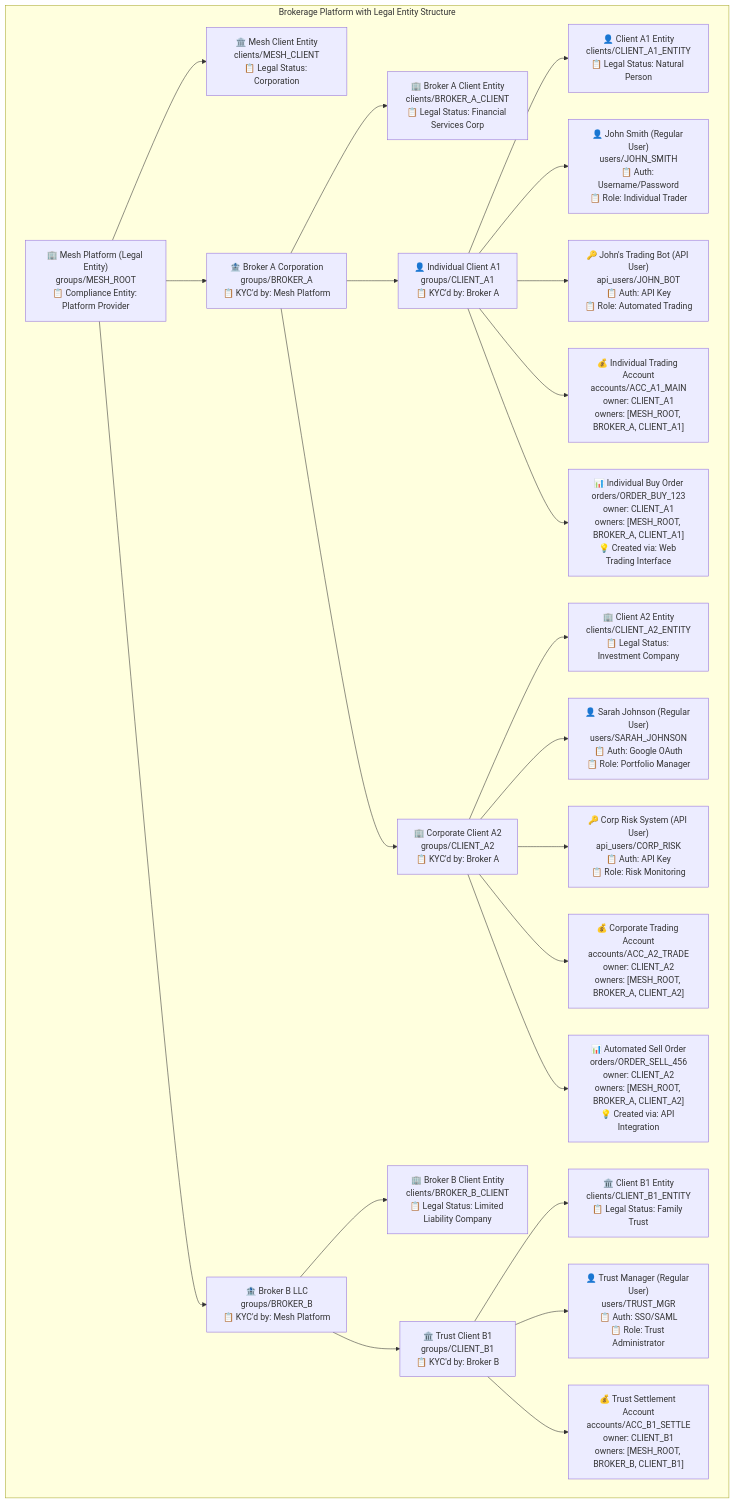
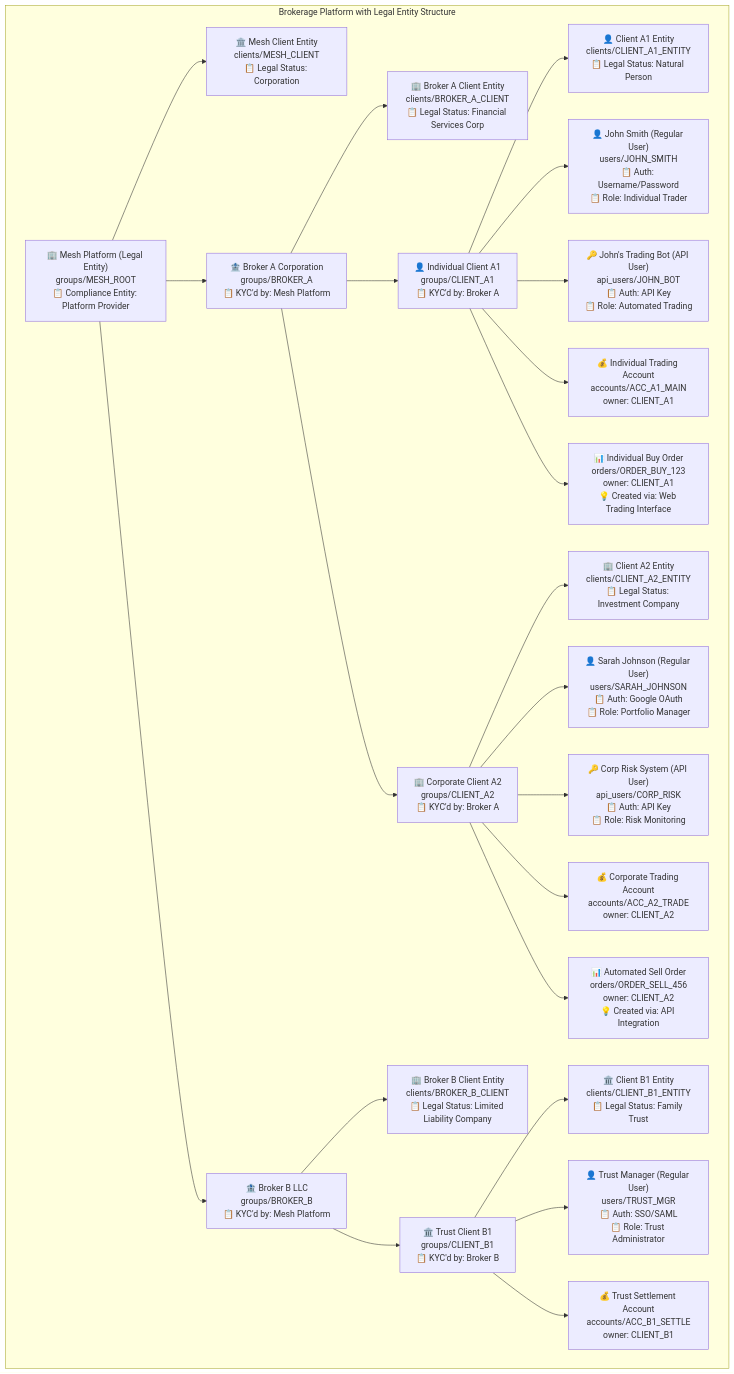
The seventh of 8 diagrams in docs/docs/architecture/group-ownership.mdx (meshtrade/api), drawn with Mermaid before and after one commit. The commit also changed other lines of this file and 23 other files, not shown here.

First line of the commit message:
remove: owners field from public API resources

````diff
--- a/docs/docs/architecture/group-ownership.mdx
+++ b/docs/docs/architecture/group-ownership.mdx
@@ -301,59 +301,59 @@
 ```mermaid
 graph TD
     subgraph "Brokerage Platform with Legal Entity Structure"
         Mesh["🏢 Mesh Platform (Legal Entity)<br/>groups/MESH_ROOT<br/>📋 Compliance Entity: Platform Provider"]
         MeshClient["🏛️ Mesh Client Entity<br/>clients/MESH_CLIENT<br/>📋 Legal Status: Corporation"]
         
         BrokerA["🏦 Broker A Corporation<br/>groups/BROKER_A<br/>📋 KYC'd by: Mesh Platform"]
         BrokerAClient["🏢 Broker A Client Entity<br/>clients/BROKER_A_CLIENT<br/>📋 Legal Status: Financial Services Corp"]
         
         BrokerB["🏦 Broker B LLC<br/>groups/BROKER_B<br/>📋 KYC'd by: Mesh Platform"]
         BrokerBClient["🏢 Broker B Client Entity<br/>clients/BROKER_B_CLIENT<br/>📋 Legal Status: Limited Liability Company"]
         
         ClientA1["👤 Individual Client A1<br/>groups/CLIENT_A1<br/>📋 KYC'd by: Broker A"]
         ClientA1Entity["👤 Client A1 Entity<br/>clients/CLIENT_A1_ENTITY<br/>📋 Legal Status: Natural Person"]
         A1RegUser["👤 John Smith (Regular User)<br/>users/JOHN_SMITH<br/>📋 Auth: Username/Password<br/>📋 Role: Individual Trader"]
         A1ApiUser["🔑 John's Trading Bot (API User)<br/>api_users/JOHN_BOT<br/>📋 Auth: API Key<br/>📋 Role: Automated Trading"]
         
         ClientA2["🏢 Corporate Client A2<br/>groups/CLIENT_A2<br/>📋 KYC'd by: Broker A"]
         ClientA2Entity["🏢 Client A2 Entity<br/>clients/CLIENT_A2_ENTITY<br/>📋 Legal Status: Investment Company"]
         A2RegUser["👤 Sarah Johnson (Regular User)<br/>users/SARAH_JOHNSON<br/>📋 Auth: Google OAuth<br/>📋 Role: Portfolio Manager"]
         A2ApiUser["🔑 Corp Risk System (API User)<br/>api_users/CORP_RISK<br/>📋 Auth: API Key<br/>📋 Role: Risk Monitoring"]
         
         ClientB1["🏛️ Trust Client B1<br/>groups/CLIENT_B1<br/>📋 KYC'd by: Broker B"]
         ClientB1Entity["🏛️ Client B1 Entity<br/>clients/CLIENT_B1_ENTITY<br/>📋 Legal Status: Family Trust"]
         B1RegUser["👤 Trust Manager (Regular User)<br/>users/TRUST_MGR<br/>📋 Auth: SSO/SAML<br/>📋 Role: Trust Administrator"]
         
-        AccA1["💰 Individual Trading Account<br/>accounts/ACC_A1_MAIN<br/>owner: CLIENT_A1<br/>owners: [MESH_ROOT, BROKER_A, CLIENT_A1]"]
+        AccA1["💰 Individual Trading Account<br/>accounts/ACC_A1_MAIN<br/>owner: CLIENT_A1"]
         
-        AccA2["💰 Corporate Trading Account<br/>accounts/ACC_A2_TRADE<br/>owner: CLIENT_A2<br/>owners: [MESH_ROOT, BROKER_A, CLIENT_A2]"]
+        AccA2["💰 Corporate Trading Account<br/>accounts/ACC_A2_TRADE<br/>owner: CLIENT_A2"]
         
-        AccB1["💰 Trust Settlement Account<br/>accounts/ACC_B1_SETTLE<br/>owner: CLIENT_B1<br/>owners: [MESH_ROOT, BROKER_B, CLIENT_B1]"]
+        AccB1["💰 Trust Settlement Account<br/>accounts/ACC_B1_SETTLE<br/>owner: CLIENT_B1"]
         
-        OrderA1["📊 Individual Buy Order<br/>orders/ORDER_BUY_123<br/>owner: CLIENT_A1<br/>owners: [MESH_ROOT, BROKER_A, CLIENT_A1]<br/>💡 Created via: Web Trading Interface"]
+        OrderA1["📊 Individual Buy Order<br/>orders/ORDER_BUY_123<br/>owner: CLIENT_A1<br/>💡 Created via: Web Trading Interface"]
         
-        OrderA2["📊 Automated Sell Order<br/>orders/ORDER_SELL_456<br/>owner: CLIENT_A2<br/>owners: [MESH_ROOT, BROKER_A, CLIENT_A2]<br/>💡 Created via: API Integration"]
+        OrderA2["📊 Automated Sell Order<br/>orders/ORDER_SELL_456<br/>owner: CLIENT_A2<br/>💡 Created via: API Integration"]
         
         Mesh --> MeshClient
         Mesh --> BrokerA
         Mesh --> BrokerB
         BrokerA --> BrokerAClient
         BrokerB --> BrokerBClient
         BrokerA --> ClientA1
         BrokerA --> ClientA2
         BrokerB --> ClientB1
         ClientA1 --> ClientA1Entity
         ClientA2 --> ClientA2Entity
         ClientB1 --> ClientB1Entity
         ClientA1 --> A1RegUser
         ClientA1 --> A1ApiUser
         ClientA2 --> A2RegUser
         ClientA2 --> A2ApiUser
         ClientB1 --> B1RegUser
         ClientA1 --> AccA1
         ClientA2 --> AccA2
         ClientB1 --> AccB1
         ClientA1 --> OrderA1
         ClientA2 --> OrderA2
     end
 ```
````
